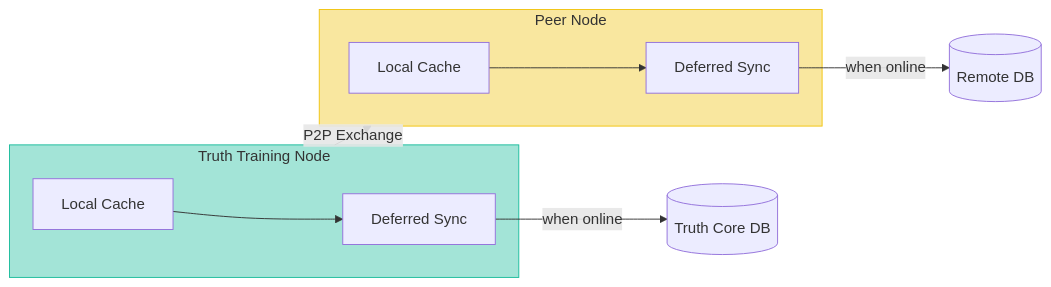
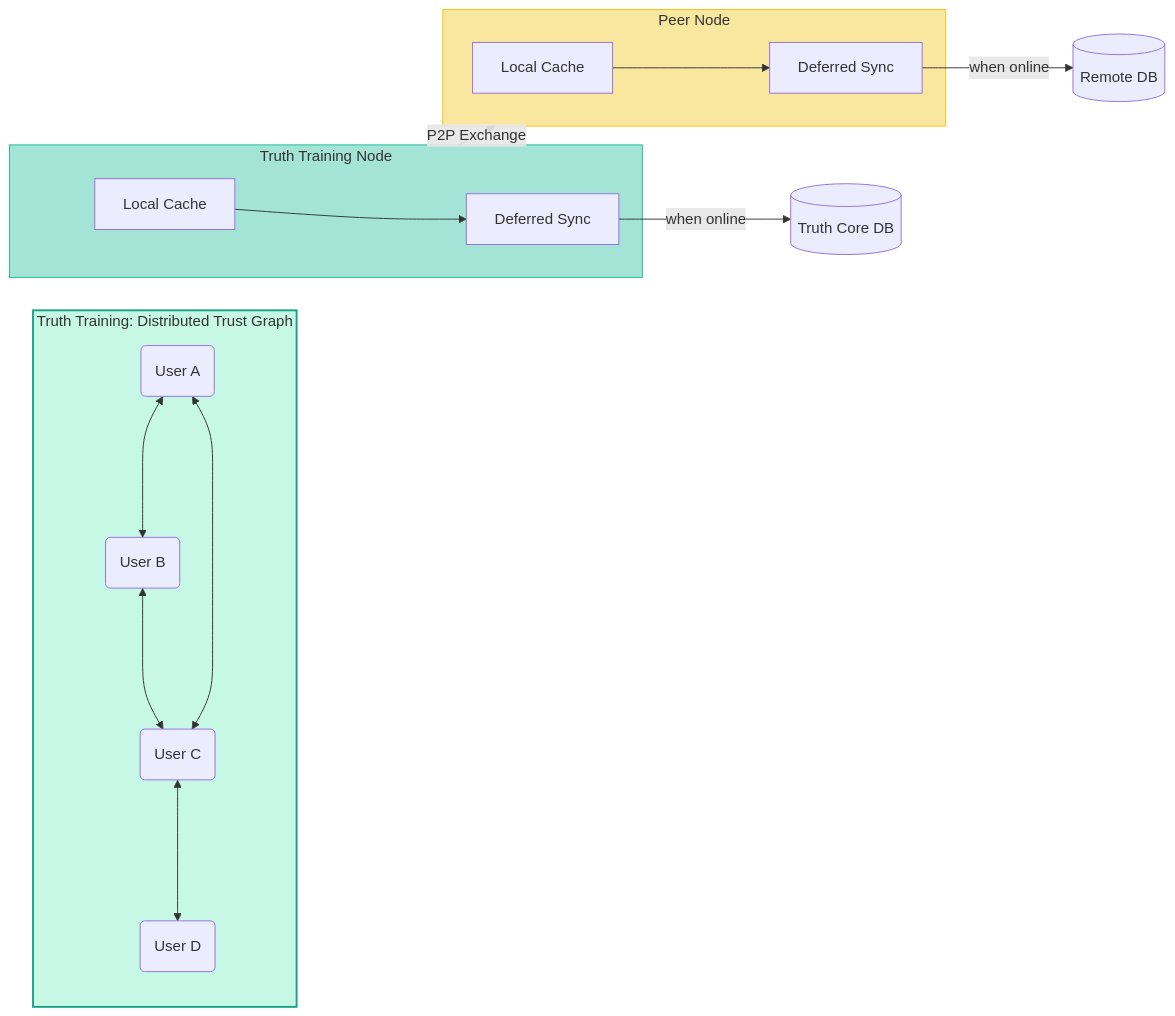
Before and after one commit to ekwator/truth-training: the first of 2 diagrams in spec/17--offline-reliability.md, drawn with Mermaid. The commit also changed other lines of this file, not shown here.

Commit message:
Comparative Diagram: Trust Graph vs Digital Money

````diff
--- a/spec/17--offline-reliability.md
+++ b/spec/17--offline-reliability.md
@@ -122,18 +126,30 @@
 ```mermaid
 flowchart LR
+    subgraph TruthTraining["Truth Training: Distributed Trust Graph"]
+        nodeA(User A)
+        nodeB(User B)
+        nodeC(User C)
+        nodeD(User D)
+        nodeA <---> nodeB
+        nodeB <---> nodeC
+        nodeC <---> nodeD
+        nodeA <---> nodeC
+        style TruthTraining fill:#c7f7e5,stroke:#16a085,stroke-width:2px
+    end
+
     subgraph A[Truth Training Node]
         cacheA[Local Cache]
         syncA[Deferred Sync]
     end
     subgraph B[Peer Node]
         cacheB[Local Cache]
         syncB[Deferred Sync]
     end
 
     A -- P2P Exchange --> B
     cacheA --> syncA -->|when online| CoreDB[(Truth Core DB)]
     cacheB --> syncB -->|when online| CoreDBB[(Remote DB)]
 
     style A fill:#a3e4d7,stroke:#1abc9c
     style B fill:#f9e79f,stroke:#f1c40f
 ```
````
